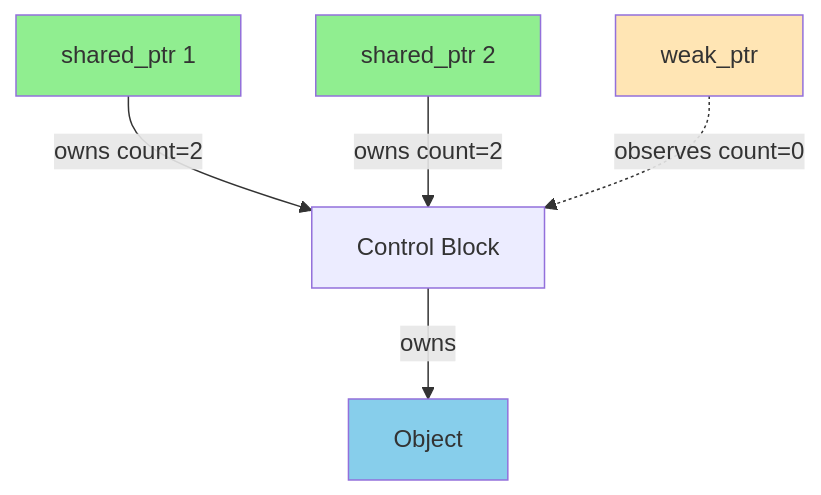
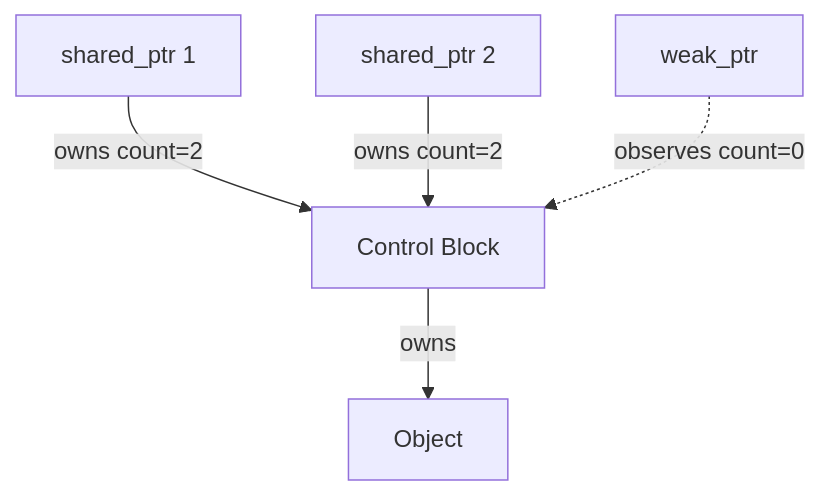
The diagram in docs/programming/cpp/06-pointers-references-and-smart-pointers/weak-ptr.md (AndriiSonsiadlo/knowledge-base), drawn with Mermaid before and after one commit. The commit also changed 8 other files, not shown here.

Commit message:
style (C++): theme-agnostic diagrams in memory, pointers and OOP docs

````diff
--- a/docs/programming/cpp/06-pointers-references-and-smart-pointers/weak-ptr.md
+++ b/docs/programming/cpp/06-pointers-references-and-smart-pointers/weak-ptr.md
@@ -22,12 +22,8 @@
 ```mermaid
 graph TD
     A[shared_ptr 1] -->|owns count=2| D[Control Block]
     B[shared_ptr 2] -->|owns count=2| D
     C[weak_ptr] -.->|observes count=0| D
     D -->|owns| E[Object]
     
-    style A fill:#90EE90
-    style B fill:#90EE90
-    style C fill:#FFE5B4
-    style E fill:#87CEEB
 ```
````
